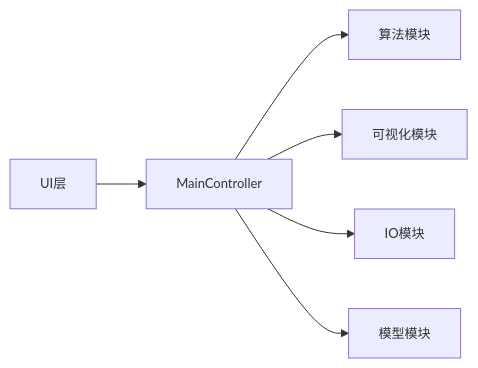
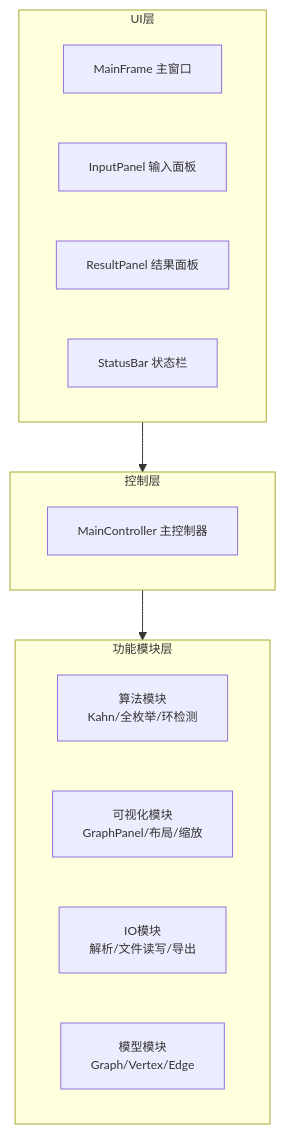
One commit to yyj138/topological-sort changed the first of 2 diagrams in README.md. Above: the diagram before and after it, drawn with Mermaid. The commit also changed other lines of this file, not shown here.

Commit message:
【main】同步README

````diff
--- a/README.md
+++ b/README.md
@@ -44,9 +44,21 @@
 ```mermaid
-%%{init: {'themeVariables': {'fontSize': '13px', 'fontFamily': 'Microsoft YaHei'}}}%%
-flowchart LR
-    A[UI层] --> B[MainController]
-    B --> C[算法模块]
-    B --> D[可视化模块]
-    B --> E[IO模块]
-    B --> F[模型模块]
+%%{init: {'themeVariables': {'fontSize': '12px', 'fontFamily': 'Microsoft YaHei'}}}%%
+flowchart TB
+    subgraph UI层
+        A1[MainFrame 主窗口]
+        A2[InputPanel 输入面板]
+        A3[ResultPanel 结果面板]
+        A4[StatusBar 状态栏]
+    end
+    subgraph 控制层
+        B1[MainController 主控制器]
+    end
+    subgraph 功能模块层
+        C1[算法模块<br/>Kahn/全枚举/环检测]
+        C2[可视化模块<br/>GraphPanel/布局/缩放]
+        C3[IO模块<br/>解析/文件读写/导出]
+        C4[模型模块<br/>Graph/Vertex/Edge]
+    end
+    UI层 --> 控制层
+    控制层 --> 功能模块层
 ```
````
